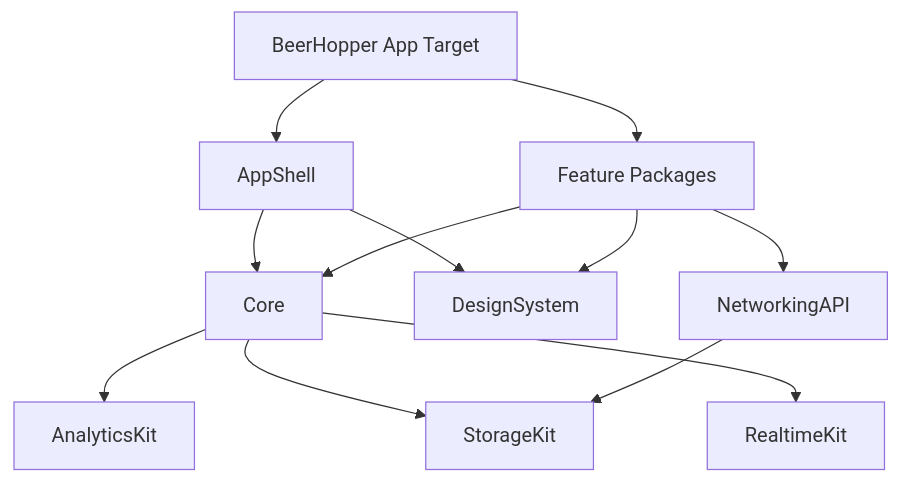
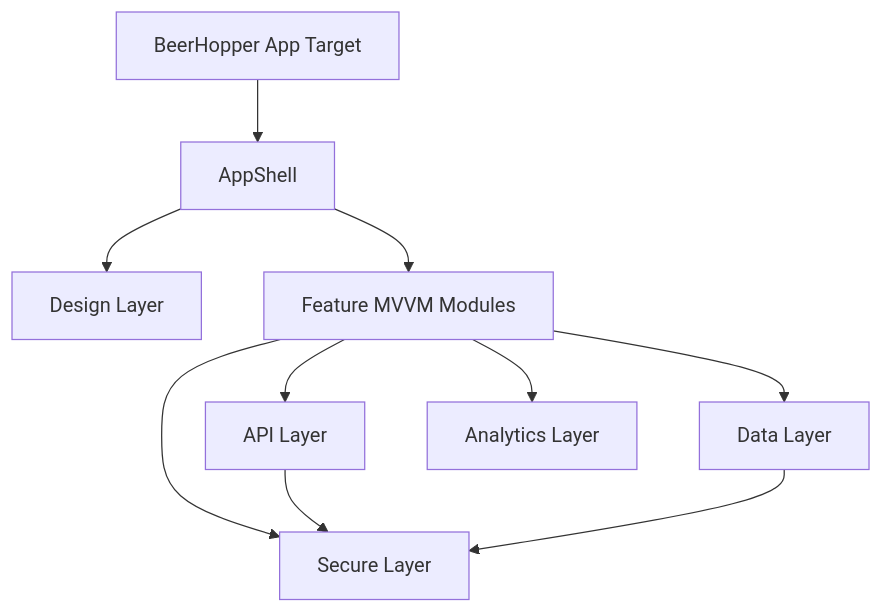
Before and after one commit to jstngoulet/BeerHopper-iOS: the diagram in docs/ios/architecture.md, drawn with Mermaid. The commit also changed other lines of this file and 5 other files, not shown here.

````diff
--- a/docs/ios/architecture.md
+++ b/docs/ios/architecture.md
@@ -16,14 +51,12 @@
 ```mermaid
 flowchart TD
     App[BeerHopper App Target] --> Shell[AppShell]
-    App --> Features[Feature Packages]
-    Shell --> Core[Core]
-    Shell --> Design[DesignSystem]
-    Features --> Core
-    Features --> Design
-    Features --> API[NetworkingAPI]
-    Core --> Analytics[AnalyticsKit]
-    Core --> Storage[StorageKit]
-    Core --> Realtime[RealtimeKit]
-    API --> Storage
+    Shell --> Design[Design Layer]
+    Shell --> Features[Feature MVVM Modules]
+    Features --> API[API Layer]
+    Features --> Data[Data Layer]
+    Features --> Secure[Secure Layer]
+    Features --> Analytics[Analytics Layer]
+    API --> Secure
+    Data --> Secure
 ```
````
